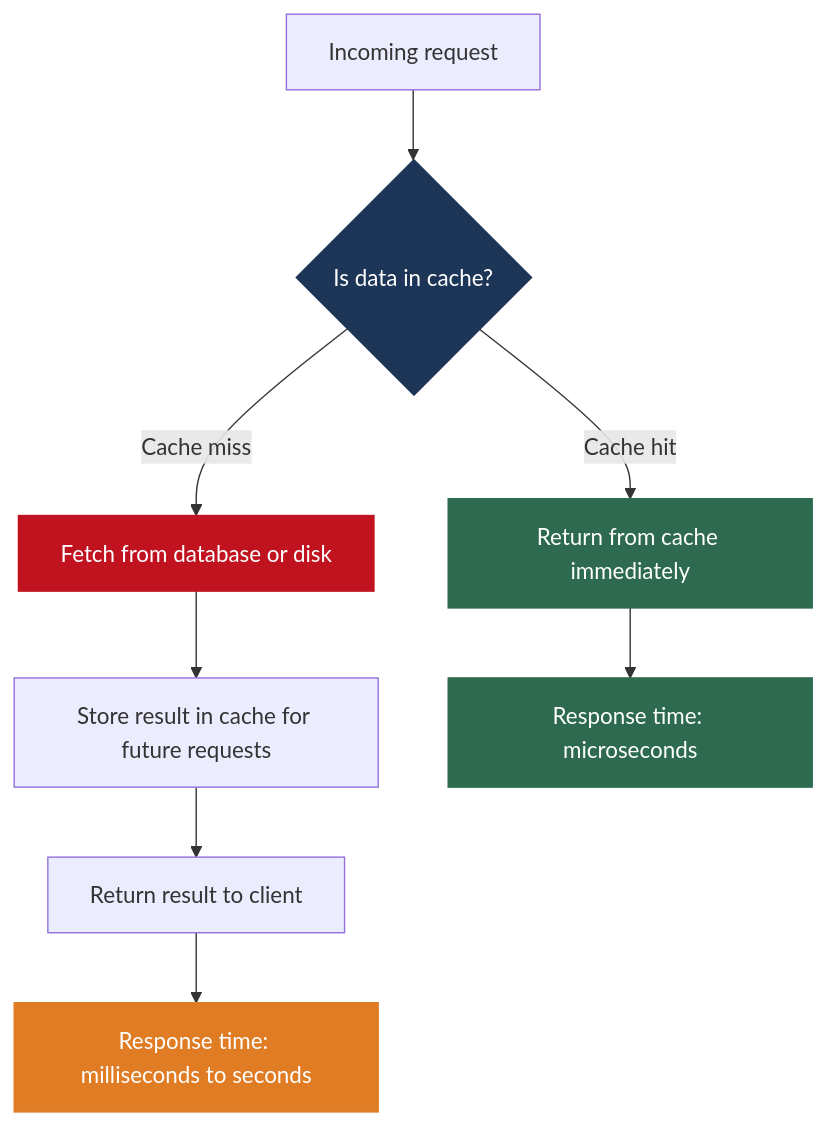
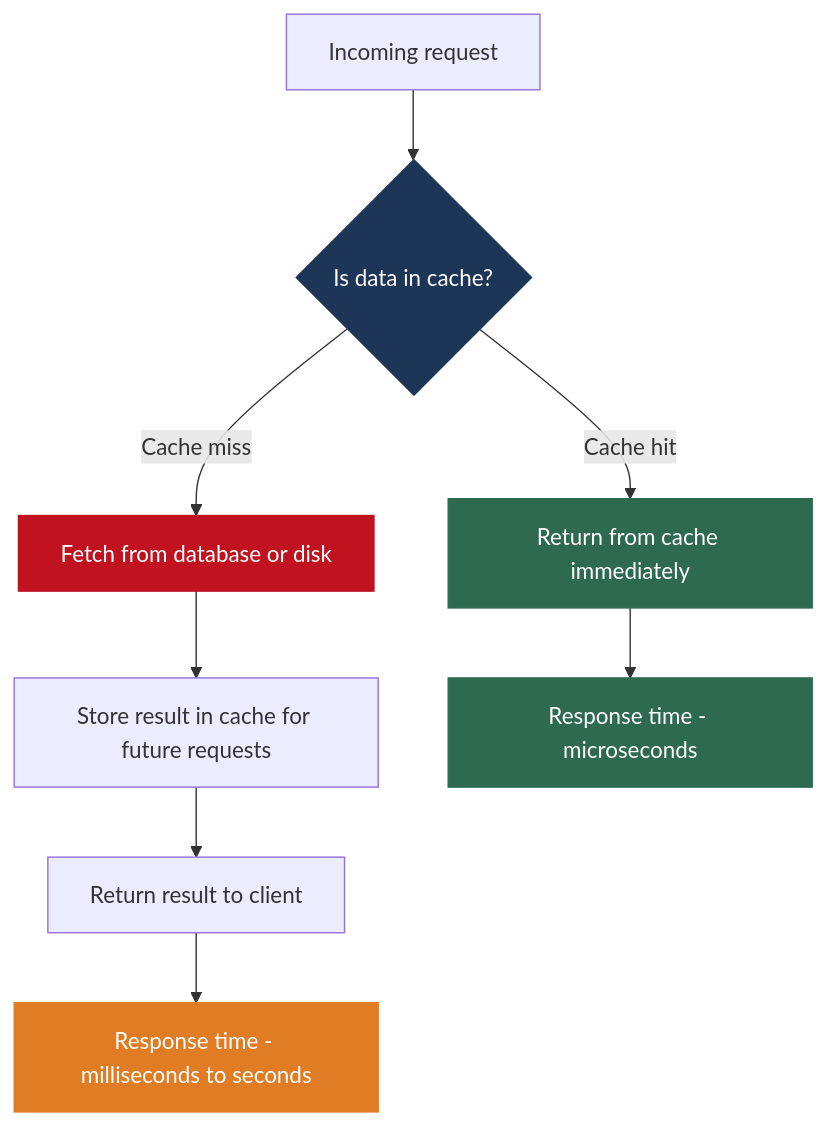
Before and after one commit to MuhammadTahaNasir/Big-Data-Analytics-Notes: the eighth of 16 diagrams in Week3/Lecture3_Partitioning_Sharding_Caching_QueryOpt.md, drawn with Mermaid. The commit also changed other lines of this file, not shown here.

````diff
--- a/Week3/Lecture3_Partitioning_Sharding_Caching_QueryOpt.md
+++ b/Week3/Lecture3_Partitioning_Sharding_Caching_QueryOpt.md
@@ -285,17 +285,17 @@
 ```mermaid
 flowchart TD
     REQ[Incoming request] --> CHECK{Is data in cache?}
     CHECK -->|Cache hit| HIT[Return from cache immediately]
     CHECK -->|Cache miss| FETCH[Fetch from database or disk]
     FETCH --> STORE[Store result in cache for future requests]
     STORE --> RET[Return result to client]
 
-    HIT --> TIME1[Response time: microseconds]
-    RET --> TIME2[Response time: milliseconds to seconds]
+    HIT --> TIME1[Response time - microseconds]
+    RET --> TIME2[Response time - milliseconds to seconds]
 
     style HIT fill:#2d6a4f,color:#fff,stroke:#2d6a4f
     style TIME1 fill:#2d6a4f,color:#fff,stroke:#2d6a4f
     style FETCH fill:#c1121f,color:#fff,stroke:#c1121f
     style TIME2 fill:#e07c24,color:#fff,stroke:#e07c24
     style CHECK fill:#1d3557,color:#fff,stroke:#1d3557
 ```
````
